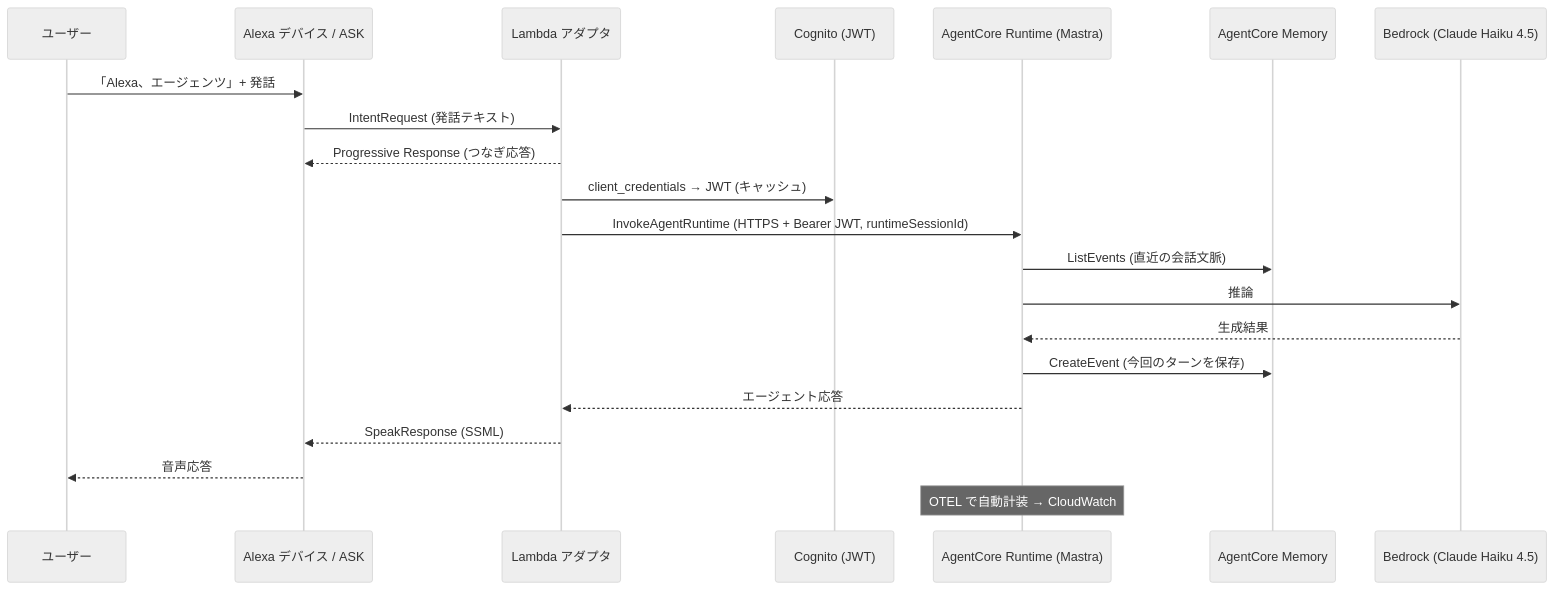
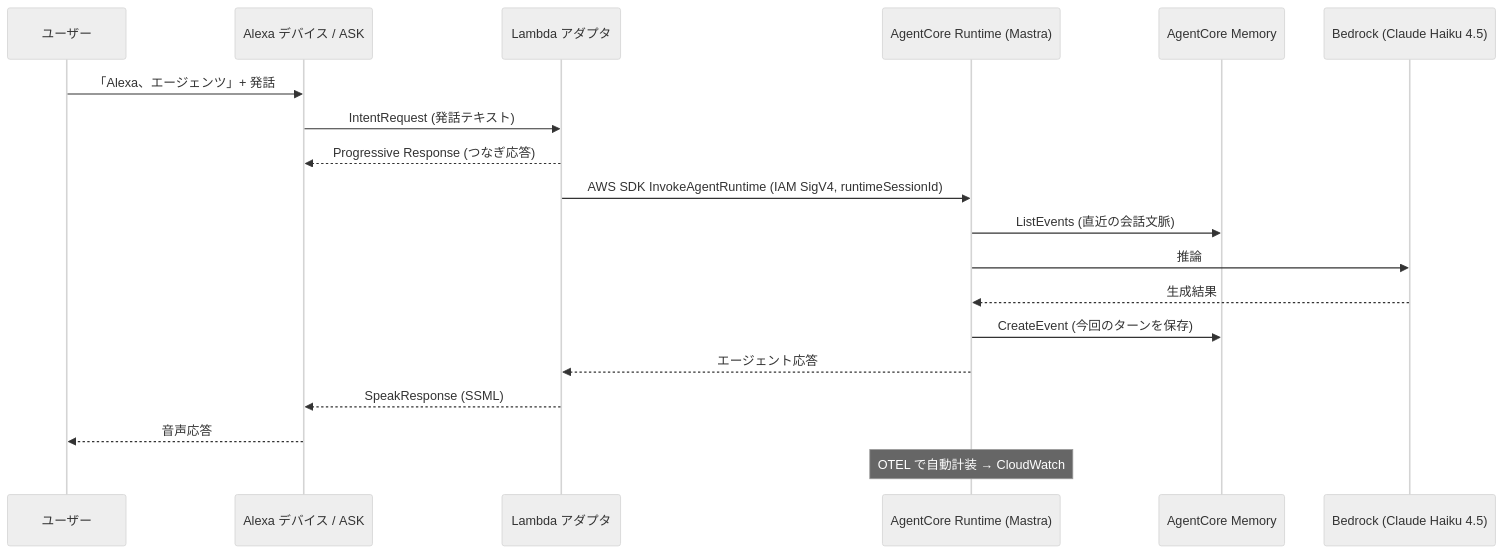
Before and after one commit to y-ohgi/alexa-agent: the diagram in docs/specs/ARCHITECTURE_SPEC.md, drawn with Mermaid (neutral theme). The commit also changed other lines of this file and 30 other files, not shown here.

````diff
--- a/docs/specs/ARCHITECTURE_SPEC.md
+++ b/docs/specs/ARCHITECTURE_SPEC.md
@@ -50,24 +50,22 @@
 ```mermaid
 sequenceDiagram
     participant User as ユーザー
     participant Alexa as Alexa デバイス / ASK
     participant Lambda as Lambda アダプタ
-    participant Cognito as Cognito (JWT)
     participant Runtime as AgentCore Runtime (Mastra)
     participant Memory as AgentCore Memory
     participant Model as Bedrock (Claude Haiku 4.5)
 
     User->>Alexa: 「Alexa、エージェンツ」+ 発話
     Alexa->>Lambda: IntentRequest (発話テキスト)
     Lambda-->>Alexa: Progressive Response (つなぎ応答)
-    Lambda->>Cognito: client_credentials → JWT (キャッシュ)
-    Lambda->>Runtime: InvokeAgentRuntime (HTTPS + Bearer JWT, runtimeSessionId)
+    Lambda->>Runtime: AWS SDK InvokeAgentRuntime (IAM SigV4, runtimeSessionId)
     Runtime->>Memory: ListEvents (直近の会話文脈)
     Runtime->>Model: 推論
     Model-->>Runtime: 生成結果
     Runtime->>Memory: CreateEvent (今回のターンを保存)
     Runtime-->>Lambda: エージェント応答
     Lambda-->>Alexa: SpeakResponse (SSML)
     Alexa-->>User: 音声応答
     Note over Runtime: OTEL で自動計装 → CloudWatch
 ```
````
